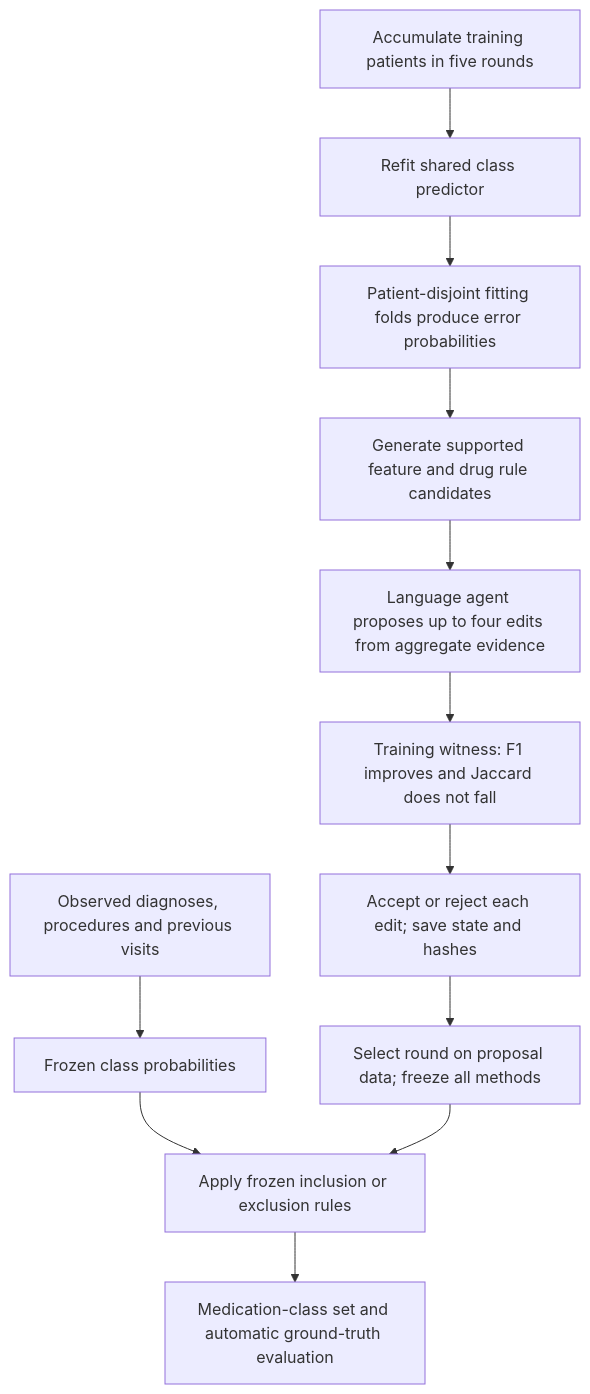
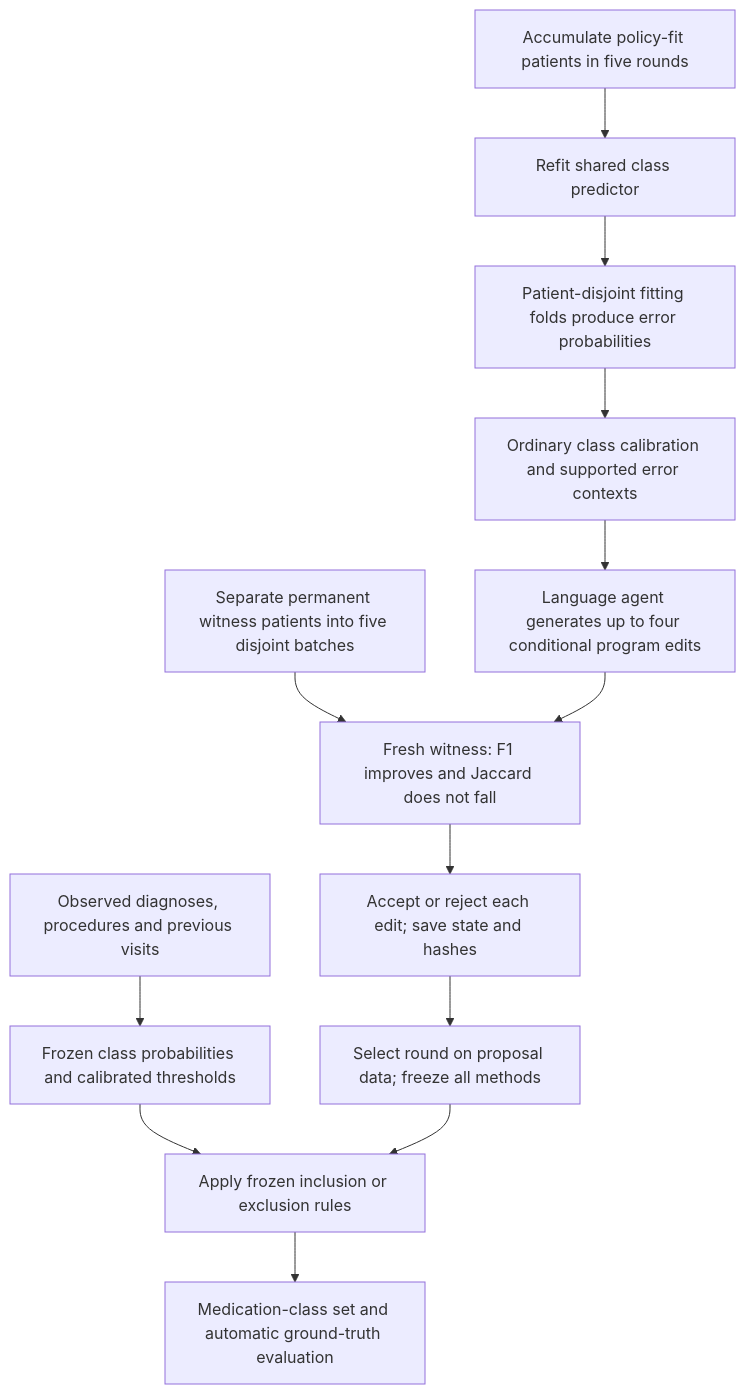
The first of 3 diagrams in paper/RXRSI_DESIGN.en.md (ZaneLing/PRISMATIC), drawn with Mermaid before and after one commit. The commit also changed other lines of this file and 48 other files, not shown here.

Commit message:
Publish audited conditional-program development and memory-transfer diagnosis with compiled English paper

````diff
--- a/paper/RXRSI_DESIGN.en.md
+++ b/paper/RXRSI_DESIGN.en.md
@@ -9,14 +9,15 @@
 ```mermaid
 flowchart TD
-  A[Accumulate training patients in five rounds] --> B[Refit shared class predictor]
+  W[Separate permanent witness patients into five disjoint batches] --> F
+  A[Accumulate policy-fit patients in five rounds] --> B[Refit shared class predictor]
   B --> C[Patient-disjoint fitting folds produce error probabilities]
-  C --> D[Generate supported feature and drug rule candidates]
-  D --> E[Language agent proposes up to four edits from aggregate evidence]
-  E --> F[Training witness: F1 improves and Jaccard does not fall]
+  C --> D[Ordinary class calibration and supported error contexts]
+  D --> E[Language agent generates up to four conditional program edits]
+  E --> F[Fresh witness: F1 improves and Jaccard does not fall]
   F --> G[Accept or reject each edit; save state and hashes]
   G --> H[Select round on proposal data; freeze all methods]
-  X[Observed diagnoses, procedures and previous visits] --> Y[Frozen class probabilities]
+  X[Observed diagnoses, procedures and previous visits] --> Y[Frozen class probabilities and calibrated thresholds]
   Y --> Z[Apply frozen inclusion or exclusion rules]
   H --> Z
   Z --> R[Medication-class set and automatic ground-truth evaluation]
 ```
````
